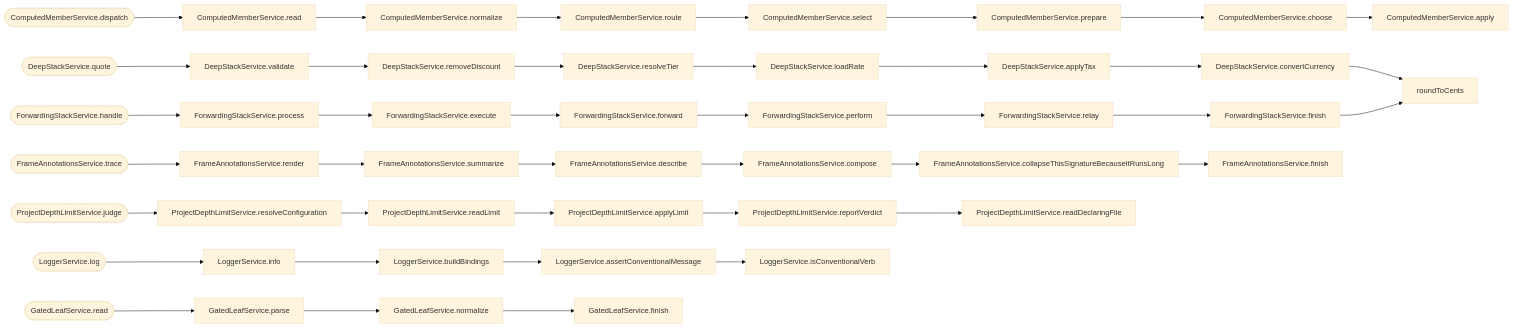
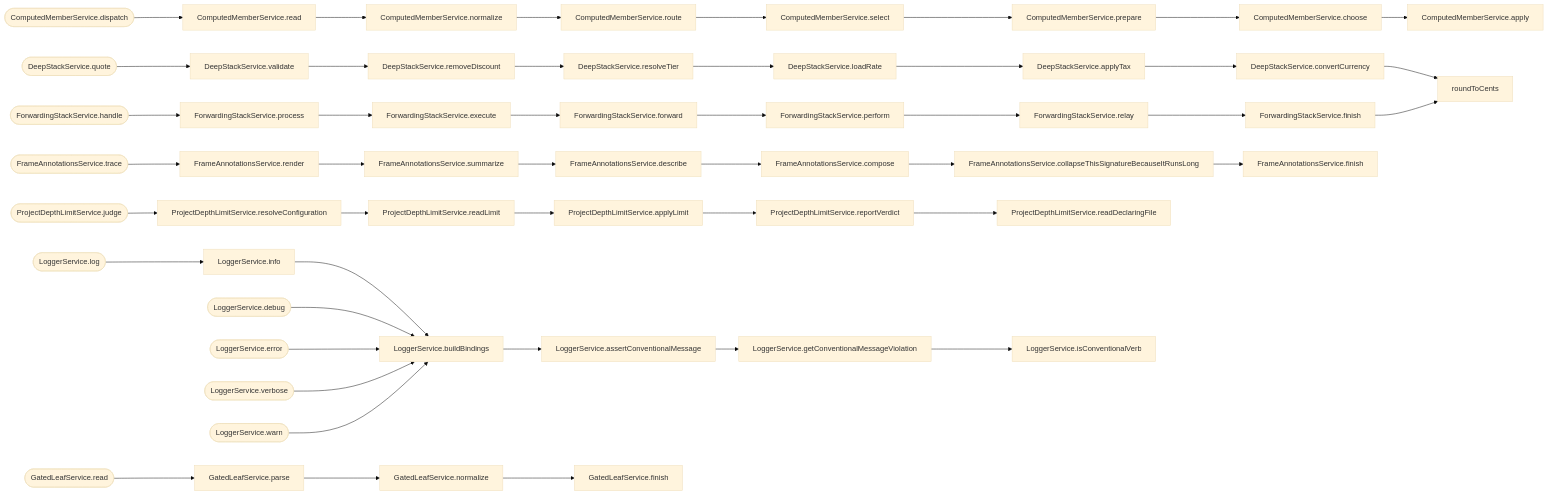
The diagram in projects/ic-suite/callidescope/callidescope-examples/output/diagram.md (organizzolini/codebase), drawn with Mermaid (base theme) before and after one commit. The commit also changed other lines of this file and 282 other files, not shown here.

````diff
--- a/projects/ic-suite/callidescope/callidescope-examples/output/diagram.md
+++ b/projects/ic-suite/callidescope/callidescope-examples/output/diagram.md
@@ -81,11 +81,16 @@
   n37["LoggerService.info"]
   n38["LoggerService.buildBindings"]
   n39["LoggerService.assertConventionalMessage"]
-  n40["LoggerService.isConventionalVerb"]
-  n41(["GatedLeafService.read"])
-  n42["GatedLeafService.parse"]
-  n43["GatedLeafService.normalize"]
-  n44["GatedLeafService.finish"]
+  n40["LoggerService.getConventionalMessageViolation"]
+  n41["LoggerService.isConventionalVerb"]
+  n42(["LoggerService.debug"])
+  n43(["LoggerService.error"])
+  n44(["LoggerService.verbose"])
+  n45(["LoggerService.warn"])
+  n46(["GatedLeafService.read"])
+  n47["GatedLeafService.parse"]
+  n48["GatedLeafService.normalize"]
+  n49["GatedLeafService.finish"]
   n0 --> n1
   n1 --> n2
   n2 --> n3
@@ -122,7 +127,12 @@
   n37 --> n38
   n38 --> n39
   n39 --> n40
-  n41 --> n42
-  n42 --> n43
-  n43 --> n44
+  n40 --> n41
+  n42 --> n38
+  n43 --> n38
+  n44 --> n38
+  n45 --> n38
+  n46 --> n47
+  n47 --> n48
+  n48 --> n49
 ```
````
